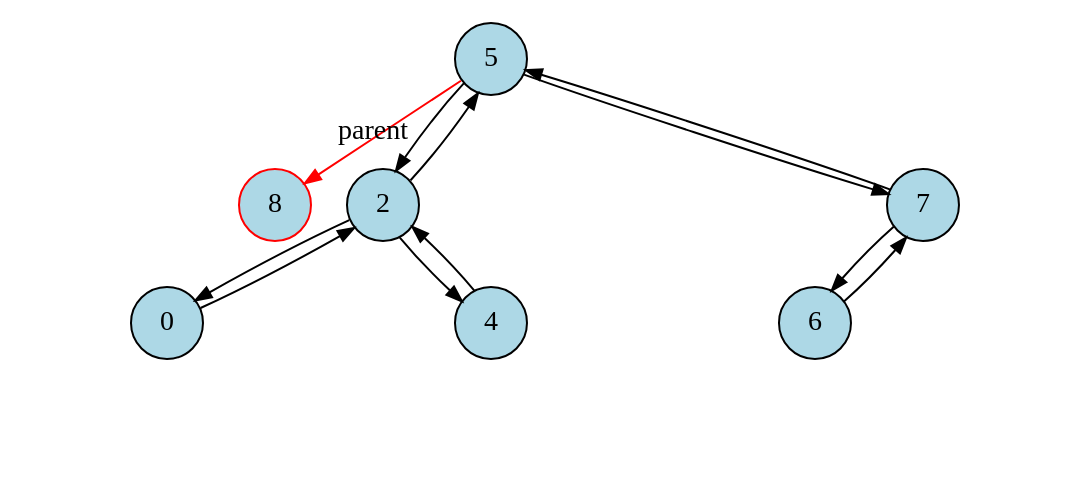
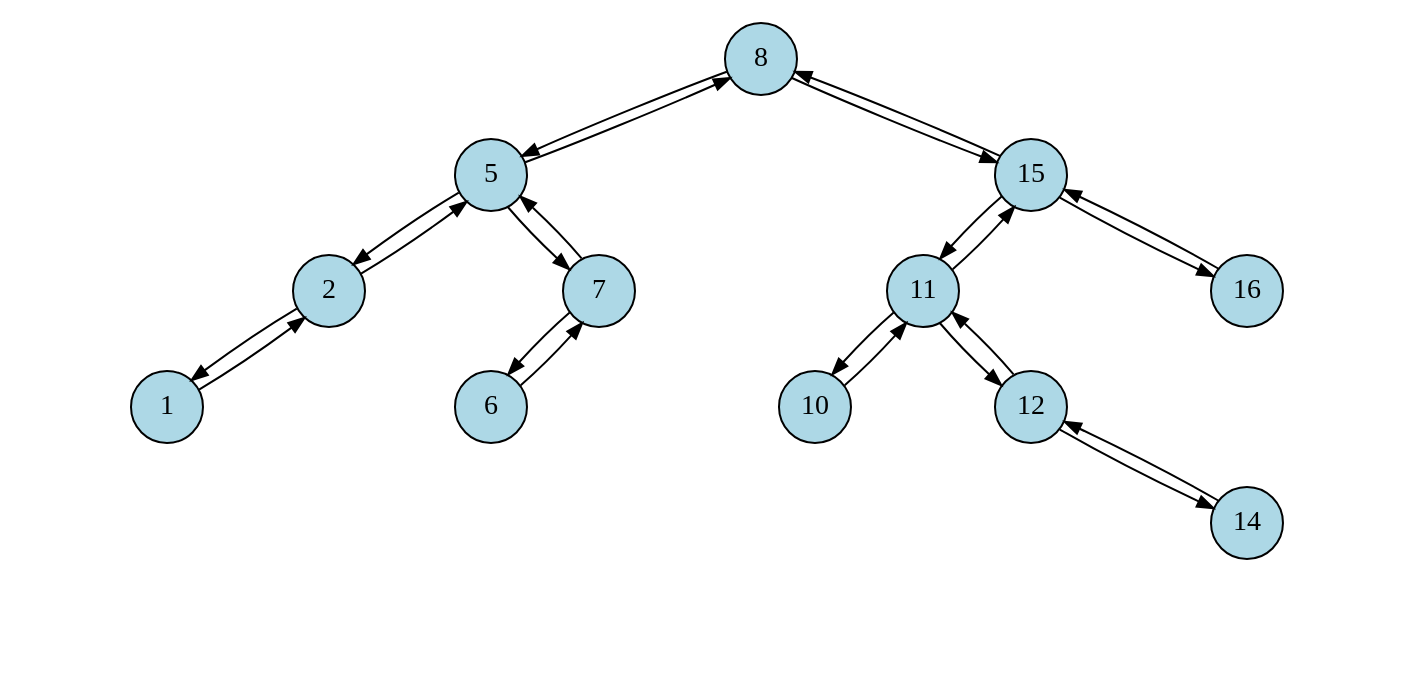
One commit to mahlen007/oopython changed the diagram in kmom07/tree/tree.dot. Above: the diagram before and after it, drawn with Graphviz. The commit also changed 4 other files, not shown here.

```diff
--- a/kmom07/tree/tree.dot
+++ b/kmom07/tree/tree.dot
@@ -16,164 +16,306 @@
   color=black
 ];
 
-140530956779888 [
+139821586645456 [
+  label="8"
+];
+139821586645360 [
   label="5"
 ];
-140530956779984 [
-  label="8"
-  color="red"
-];
-140530956779792 [
+139821586645264 [
   label="2"
 ];
-140530956779728 [
-  label="0"
+139821586645232 [
+  label="1"
 ];
-140530951996016 [
+139821581971056 [
   label="i1"
   style="invis"
 ];
-140530951996400 [
+139821581971440 [
   label="i2"
   style="invis"
 ];
-140530951996784 [
+139821581971824 [
   label="i3"
   style="invis"
 ];
-140530951997168 [
+139821581972208 [
   label="i4"
   style="invis"
 ];
-140530956779856 [
-  label="4"
-];
-140530951997488 [
+139821581972592 [
   label="i5"
   style="invis"
 ];
-140530951998064 [
+139821581972912 [
   label="i6"
   style="invis"
 ];
-140530951998384 [
+139821586645424 [
+  label="7"
+];
+139821586645392 [
+  label="6"
+];
+139821581973744 [
   label="i7"
   style="invis"
 ];
-140530951998896 [
+139821581974128 [
   label="i8"
   style="invis"
 ];
-140530956779952 [
-  label="7"
-];
-140530956779920 [
-  label="6"
-];
-140530951999728 [
+139821581974448 [
   label="i9"
   style="invis"
 ];
-140530952000112 [
+139821581974832 [
   label="i10"
   style="invis"
 ];
-140530952000432 [
+139821581975216 [
   label="i11"
   style="invis"
 ];
-140530952000816 [
+139821582024944 [
   label="i12"
   style="invis"
 ];
-140530952001200 [
+139821586645680 [
+  label="15"
+];
+139821586645552 [
+  label="11"
+];
+139821586645520 [
+  label="10"
+];
+139821582026032 [
   label="i13"
   style="invis"
 ];
-140530956779888 -> 140530956779984 [
-  label="parent"
-  color="red"
+139821582026416 [
+  label="i14"
+  style="invis"
 ];
-140530956779792 -> 140530956779888 [
+139821582026736 [
+  label="i15"
+  style="invis"
+];
+139821582027120 [
+  label="i16"
+  style="invis"
+];
+139821586645584 [
+  label="12"
+];
+139821582027696 [
+  label="i17"
+  style="invis"
+];
+139821582028080 [
+  label="i18"
+  style="invis"
+];
+139821586645648 [
+  label="14"
+];
+139821582028592 [
+  label="i19"
+  style="invis"
+];
+139821582028976 [
+  label="i20"
+  style="invis"
+];
+139821582029296 [
+  label="i21"
+  style="invis"
+];
+139821582029936 [
+  label="i22"
+  style="invis"
+];
+139821586645712 [
+  label="16"
+];
+139821582030512 [
+  label="i23"
+  style="invis"
+];
+139821582030896 [
+  label="i24"
+  style="invis"
+];
+139821582031216 [
+  label="i25"
+  style="invis"
+];
+139821586645360 -> 139821586645456 [
 
 ];
-140530956779728 -> 140530956779792 [
+139821586645264 -> 139821586645360 [
 
 ];
-140530956779728 -> 140530951996016 [
+139821586645232 -> 139821586645264 [
+
+];
+139821586645232 -> 139821581971056 [
   style="invis"
   weight="5"
 ];
-140530956779728 -> 140530951996400 [
+139821586645232 -> 139821581971440 [
   style="invis"
   weight="5"
 ];
-140530956779728 -> 140530951996784 [
+139821586645232 -> 139821581971824 [
   style="invis"
   weight="5"
 ];
-140530956779792 -> 140530956779728 [
+139821586645264 -> 139821586645232 [
 
 ];
-140530956779792 -> 140530951997168 [
+139821586645264 -> 139821581972208 [
   style="invis"
   weight="5"
 ];
-140530956779856 -> 140530956779792 [
-
-];
-140530956779856 -> 140530951997488 [
+139821586645264 -> 139821581972592 [
   style="invis"
   weight="5"
 ];
-140530956779856 -> 140530951998064 [
+139821586645360 -> 139821586645264 [
+
+];
+139821586645360 -> 139821581972912 [
   style="invis"
   weight="5"
 ];
-140530956779856 -> 140530951998384 [
+139821586645424 -> 139821586645360 [
+
+];
+139821586645392 -> 139821586645424 [
+
+];
+139821586645392 -> 139821581973744 [
   style="invis"
   weight="5"
 ];
-140530956779792 -> 140530956779856 [
-
-];
-140530956779888 -> 140530956779792 [
-
-];
-140530956779888 -> 140530951998896 [
+139821586645392 -> 139821581974128 [
   style="invis"
   weight="5"
 ];
-140530956779952 -> 140530956779888 [
-
-];
-140530956779920 -> 140530956779952 [
-
-];
-140530956779920 -> 140530951999728 [
+139821586645392 -> 139821581974448 [
   style="invis"
   weight="5"
 ];
-140530956779920 -> 140530952000112 [
+139821586645424 -> 139821586645392 [
+
+];
+139821586645424 -> 139821581974832 [
   style="invis"
   weight="5"
 ];
-140530956779920 -> 140530952000432 [
+139821586645424 -> 139821581975216 [
   style="invis"
   weight="5"
 ];
-140530956779952 -> 140530956779920 [
+139821586645360 -> 139821586645424 [
 
 ];
-140530956779952 -> 140530952000816 [
+139821586645456 -> 139821586645360 [
+
+];
+139821586645456 -> 139821582024944 [
   style="invis"
   weight="5"
 ];
-140530956779952 -> 140530952001200 [
+139821586645680 -> 139821586645456 [
+
+];
+139821586645552 -> 139821586645680 [
+
+];
+139821586645520 -> 139821586645552 [
+
+];
+139821586645520 -> 139821582026032 [
   style="invis"
   weight="5"
 ];
-140530956779888 -> 140530956779952 [
+139821586645520 -> 139821582026416 [
+  style="invis"
+  weight="5"
+];
+139821586645520 -> 139821582026736 [
+  style="invis"
+  weight="5"
+];
+139821586645552 -> 139821586645520 [
+
+];
+139821586645552 -> 139821582027120 [
+  style="invis"
+  weight="5"
+];
+139821586645584 -> 139821586645552 [
+
+];
+139821586645584 -> 139821582027696 [
+  style="invis"
+  weight="5"
+];
+139821586645584 -> 139821582028080 [
+  style="invis"
+  weight="5"
+];
+139821586645648 -> 139821586645584 [
+
+];
+139821586645648 -> 139821582028592 [
+  style="invis"
+  weight="5"
+];
+139821586645648 -> 139821582028976 [
+  style="invis"
+  weight="5"
+];
+139821586645648 -> 139821582029296 [
+  style="invis"
+  weight="5"
+];
+139821586645584 -> 139821586645648 [
+
+];
+139821586645552 -> 139821586645584 [
+
+];
+139821586645680 -> 139821586645552 [
+
+];
+139821586645680 -> 139821582029936 [
+  style="invis"
+  weight="5"
+];
+139821586645712 -> 139821586645680 [
+
+];
+139821586645712 -> 139821582030512 [
+  style="invis"
+  weight="5"
+];
+139821586645712 -> 139821582030896 [
+  style="invis"
+  weight="5"
+];
+139821586645712 -> 139821582031216 [
+  style="invis"
+  weight="5"
+];
+139821586645680 -> 139821586645712 [
+
+];
+139821586645456 -> 139821586645680 [
 
 ];
 }
```
